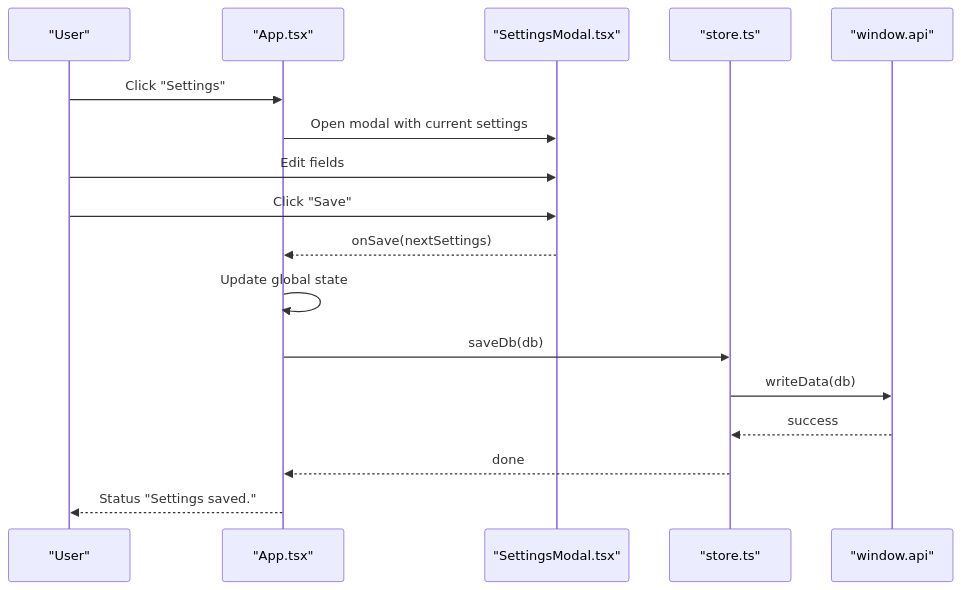
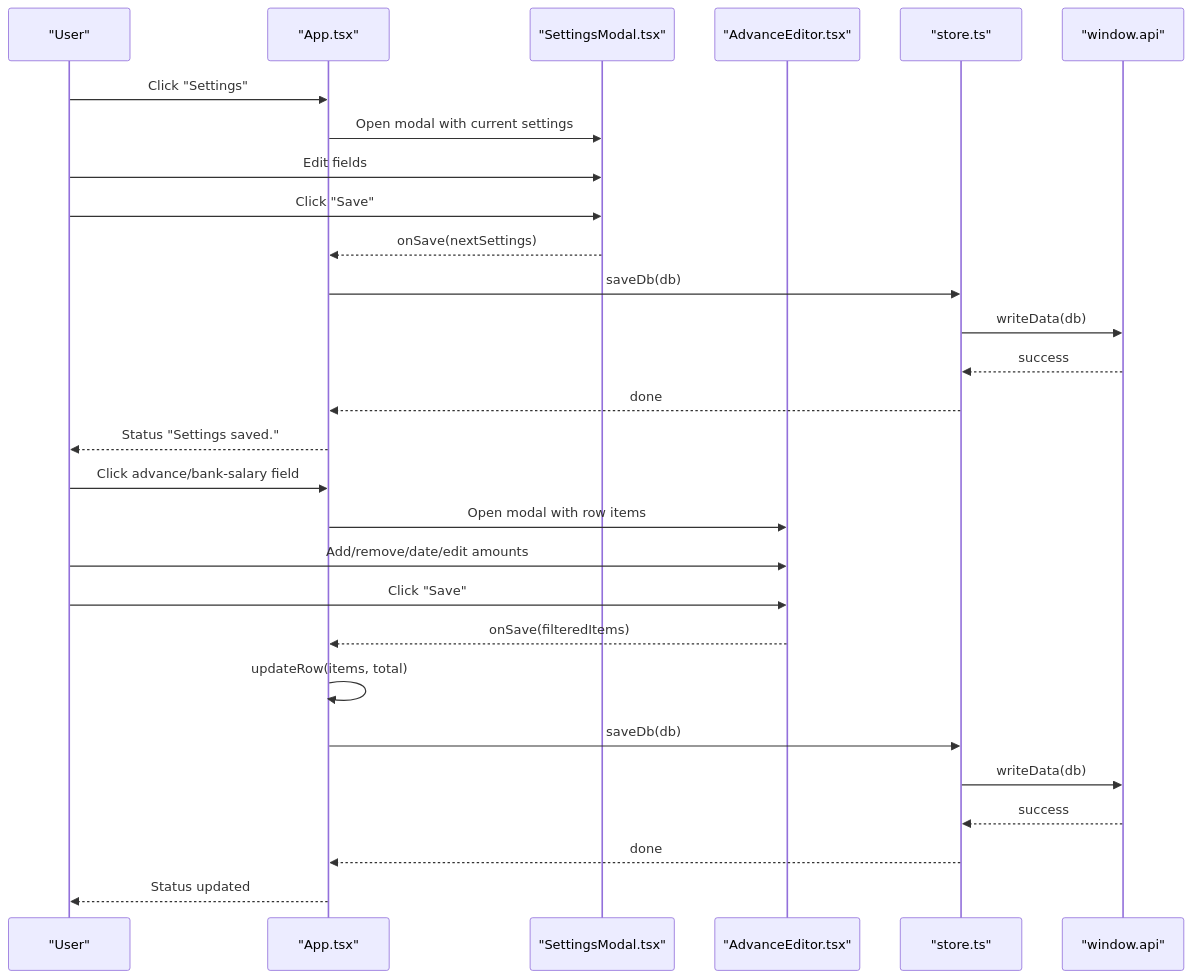
The second of 11 diagrams in .qoder/repowiki/en/content/UI Components/SettingsModal Component.md (MdodoIng/salery-slip-generater), drawn with Mermaid before and after one commit. The commit also changed other lines of this file and 22 other files, not shown here.

````diff
--- a/.qoder/repowiki/en/content/UI Components/SettingsModal Component.md
+++ b/.qoder/repowiki/en/content/UI Components/SettingsModal Component.md
@@ -88,19 +88,32 @@
 ```mermaid
 sequenceDiagram
 participant User as "User"
 participant App as "App.tsx"
-participant Modal as "SettingsModal.tsx"
-participant Store as "store.ts"
-participant Api as "window.api"
-User->>App : Click "Settings"
-App->>Modal : Open modal with current settings
-User->>Modal : Edit fields
-User->>Modal : Click "Save"
-Modal-->>App : onSave(nextSettings)
-App->>App : Update global state
-App->>Store : saveDb(db)
-Store->>Api : writeData(db)
-Api-->>Store : success
-Store-->>App : done
-App-->>User : Status "Settings saved."
+ participant Settings as "SettingsModal.tsx"
+ participant Advances as "AdvanceEditor.tsx"
+ participant Store as "store.ts"
+ participant Api as "window.api"
+
+ User->>App : Click "Settings"
+ App->>Settings : Open modal with current settings
+ User->>Settings : Edit fields
+ User->>Settings : Click "Save"
+ Settings-->>App : onSave(nextSettings)
+ App->>Store : saveDb(db)
+ Store->>Api : writeData(db)
+ Api-->>Store : success
+ Store-->>App : done
+ App-->>User : Status "Settings saved."
+
+ User->>App : Click advance/bank-salary field
+ App->>Advances : Open modal with row items
+ User->>Advances : Add/remove/date/edit amounts
+ User->>Advances : Click "Save"
+ Advances-->>App : onSave(filteredItems)
+ App->>App : updateRow(items, total)
+ App->>Store : saveDb(db)
+ Store->>Api : writeData(db)
+ Api-->>Store : success
+ Store-->>App : done
+ App-->>User : Status updated
 ```
````
